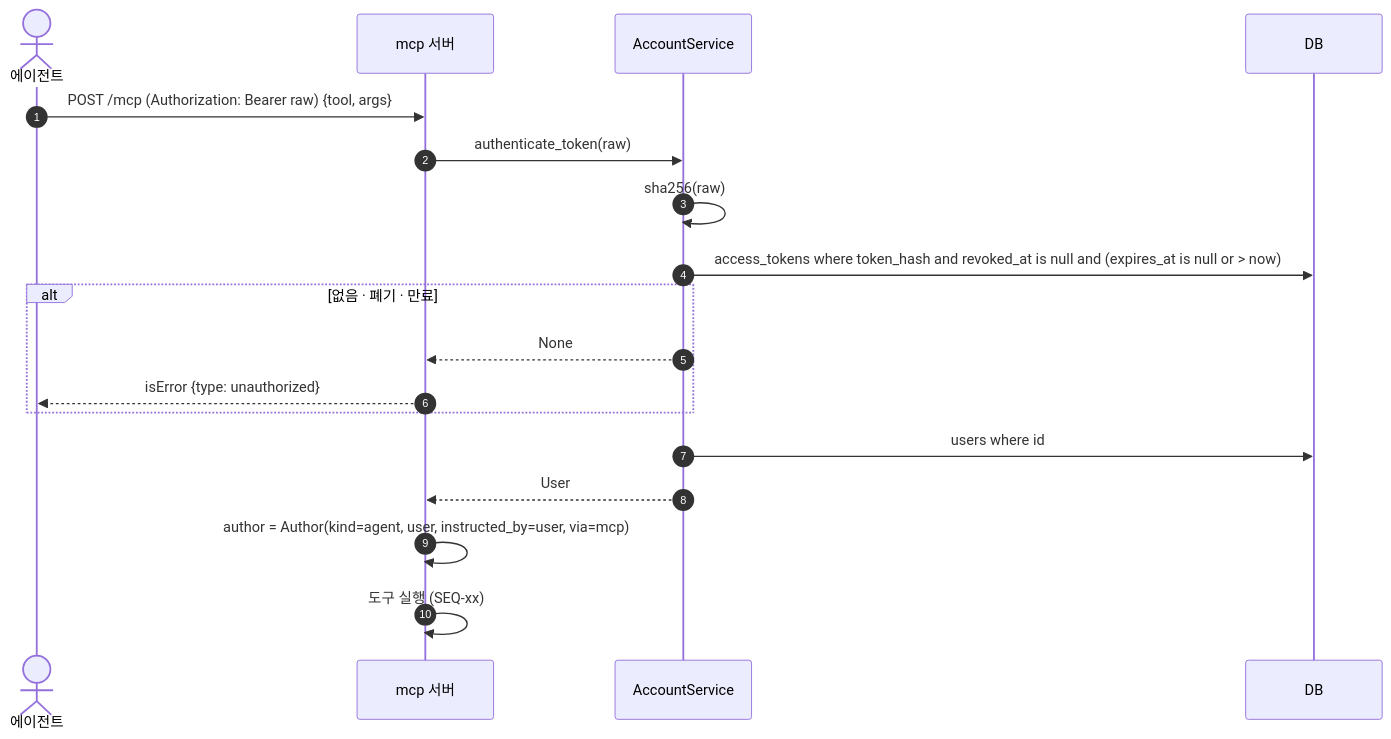
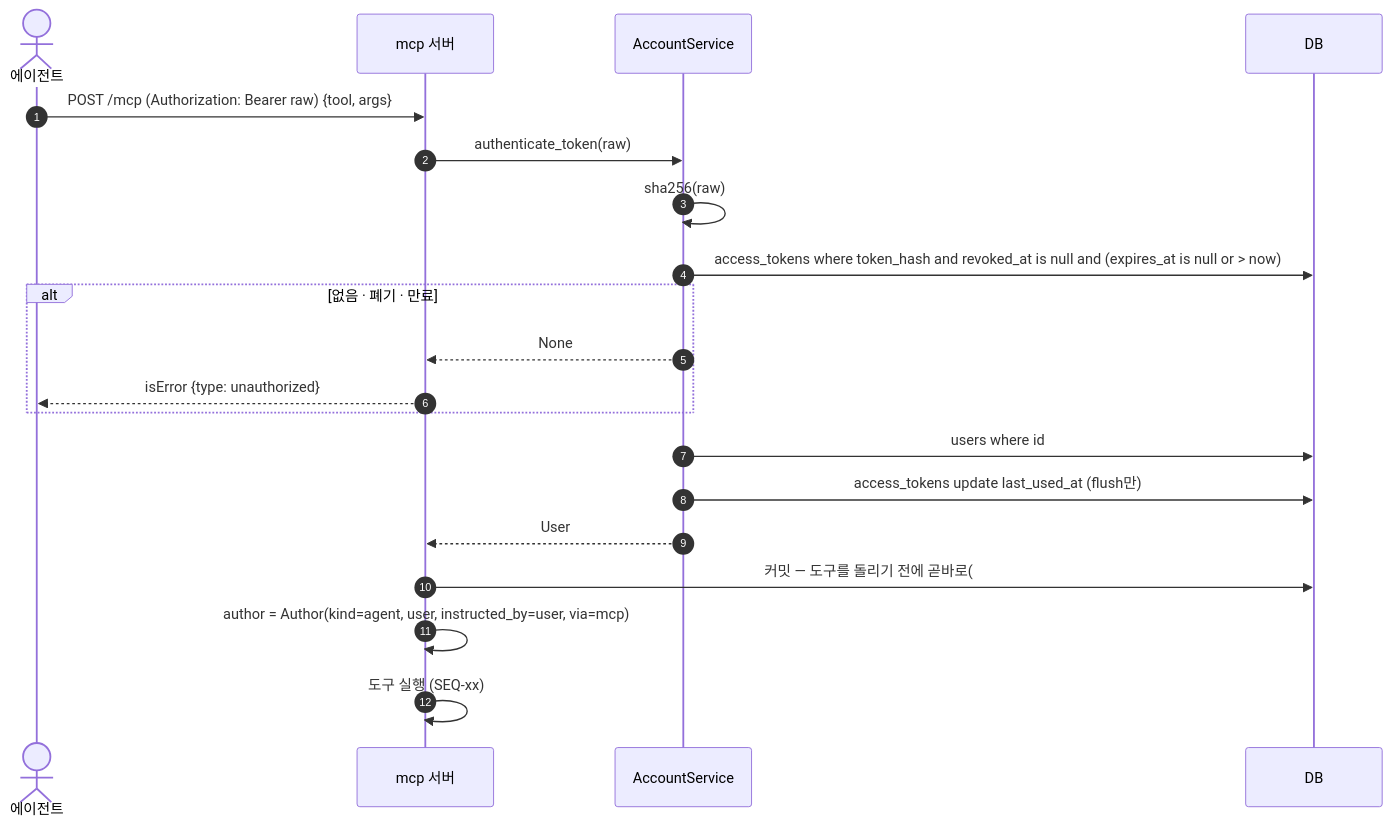
One commit to HoyoungParkme/syncdoc changed diagram 29 of 32 in docs/specs/09-SEQ/SYNC-SEQ-001.md. Above: the diagram before and after it, drawn with Mermaid. The commit also changed other lines of this file and 3 other files, not shown here.

````diff
--- a/docs/specs/09-SEQ/SYNC-SEQ-001.md
+++ b/docs/specs/09-SEQ/SYNC-SEQ-001.md
@@ -1442,21 +1444,23 @@
 ```mermaid
 sequenceDiagram
     autonumber
     actor A as 에이전트
     participant M as mcp 서버
     participant AS as AccountService
     participant DB
 
     A->>M: POST /mcp (Authorization: Bearer raw) {tool, args}
     M->>AS: authenticate_token(raw)
     AS->>AS: sha256(raw)
     AS->>DB: access_tokens where token_hash and revoked_at is null and (expires_at is null or > now)
     alt 없음 · 폐기 · 만료
         AS-->>M: None
         M-->>A: isError {type: unauthorized}
     end
     AS->>DB: users where id
+    AS->>DB: access_tokens update last_used_at (flush만)
     AS-->>M: User
+    M->>DB: 커밋 — 도구를 돌리기 전에 곧바로(#49·#318)
     M->>M: author = Author(kind=agent, user, instructed_by=user, via=mcp)
     M->>M: 도구 실행 (SEQ-xx)
 ```
````
